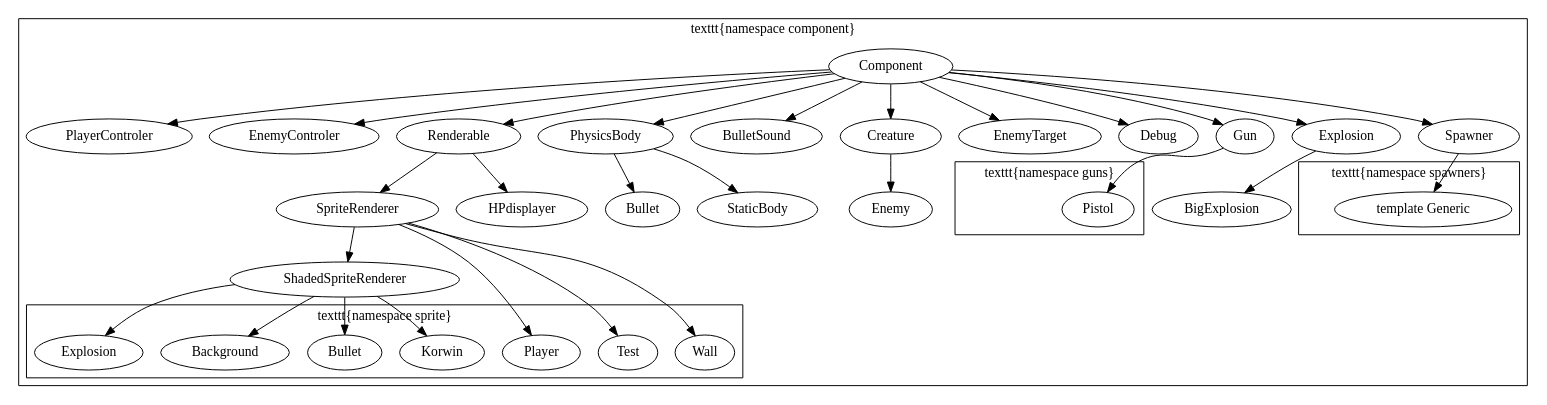
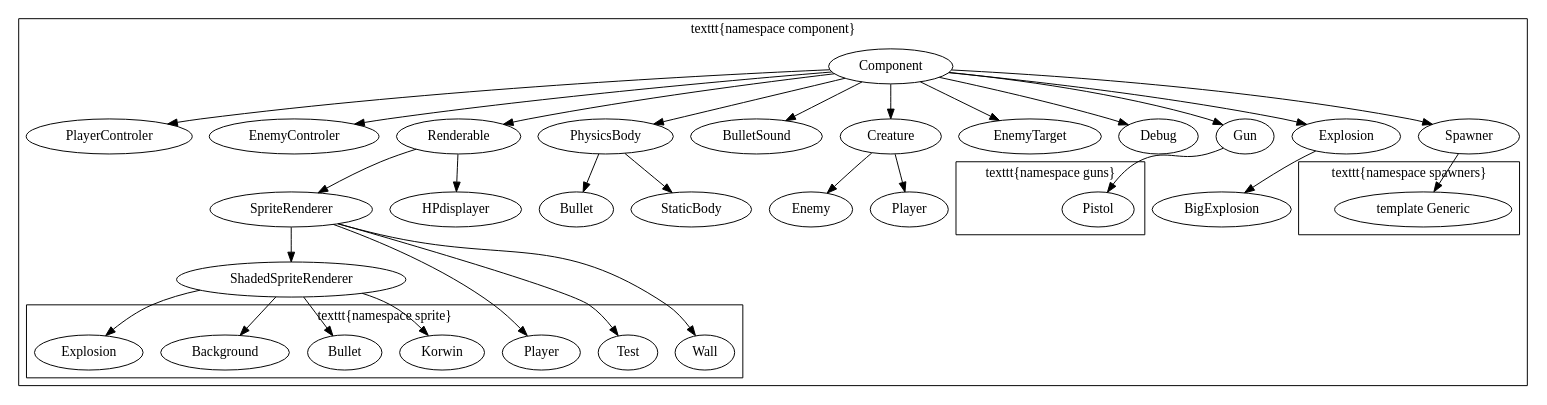
The diagram in docs/renderable.dot (HakierGrzonzo/GrzesSFMLlib), drawn with Graphviz before and after one commit. The commit also changed 10 other files, not shown here.

```diff
--- a/docs/renderable.dot
+++ b/docs/renderable.dot
@@ -1,75 +1,77 @@
 digraph G {
 	subgraph cluster_Component {
 		Component;
 		PlayerControler;
 			Component -> PlayerControler;
 		EnemyControler;
 			Component -> EnemyControler;
 		Renderable;
 			Component -> Renderable;
 		SpriteRenderer;
 			Renderable -> SpriteRenderer;
 		ShadedSpriteRenderer;
 			SpriteRenderer -> ShadedSpriteRenderer;
 		HPdisplayer;
 			Renderable -> HPdisplayer;
 		PhysicsBody;
 			Component -> PhysicsBody;
 		Bullet;
 			PhysicsBody -> Bullet;
 		BulletSound;
 			Component -> BulletSound;
 		Creature;
 			Component -> Creature;
 		Enemy;
 			Creature -> Enemy;
+        Player;
+            Creature -> Player;
 		EnemyTarget;
 			Component -> EnemyTarget;
 		Debug;
 			Component -> Debug;
 		Gun;
 			Component -> Gun;
 		Explosion;
 			Component -> Explosion;
         BigExplosion;
             Explosion -> BigExplosion;
 		Spawner;
 			Component -> Spawner;
 		StaticBody;
 			PhysicsBody -> StaticBody;
 		label="\texttt{namespace component}";
 
 		subgraph cluster_Sprites {
-			Player;
+			PlayerSprite [label=Player];
 			BulletSprite [label=Bullet];
 			Background;
 			ExplosionSprite [label=Explosion];
 			Test;
 			Wall;
 			Korwin;
 			label="\texttt{namespace sprite}";
 		}
 		SpriteRenderer -> Wall;
-		SpriteRenderer -> Player;
+		SpriteRenderer -> PlayerSprite;
 		SpriteRenderer -> Test;
 
 		ShadedSpriteRenderer -> BulletSprite;
 		ShadedSpriteRenderer -> Background;
 		ShadedSpriteRenderer -> ExplosionSprite;
 		ShadedSpriteRenderer -> Korwin;
 
 		subgraph cluster_Guns {
 			Pistol;
 			label="\texttt{namespace guns}"
 		}
 		Gun -> Pistol;
 
 		subgraph cluster_Spawners {
 			Generic [label="template Generic"];
 			label="\texttt{namespace spawners}"
 		}
 		Spawner -> Generic;
 
 	}
 
 }
```
